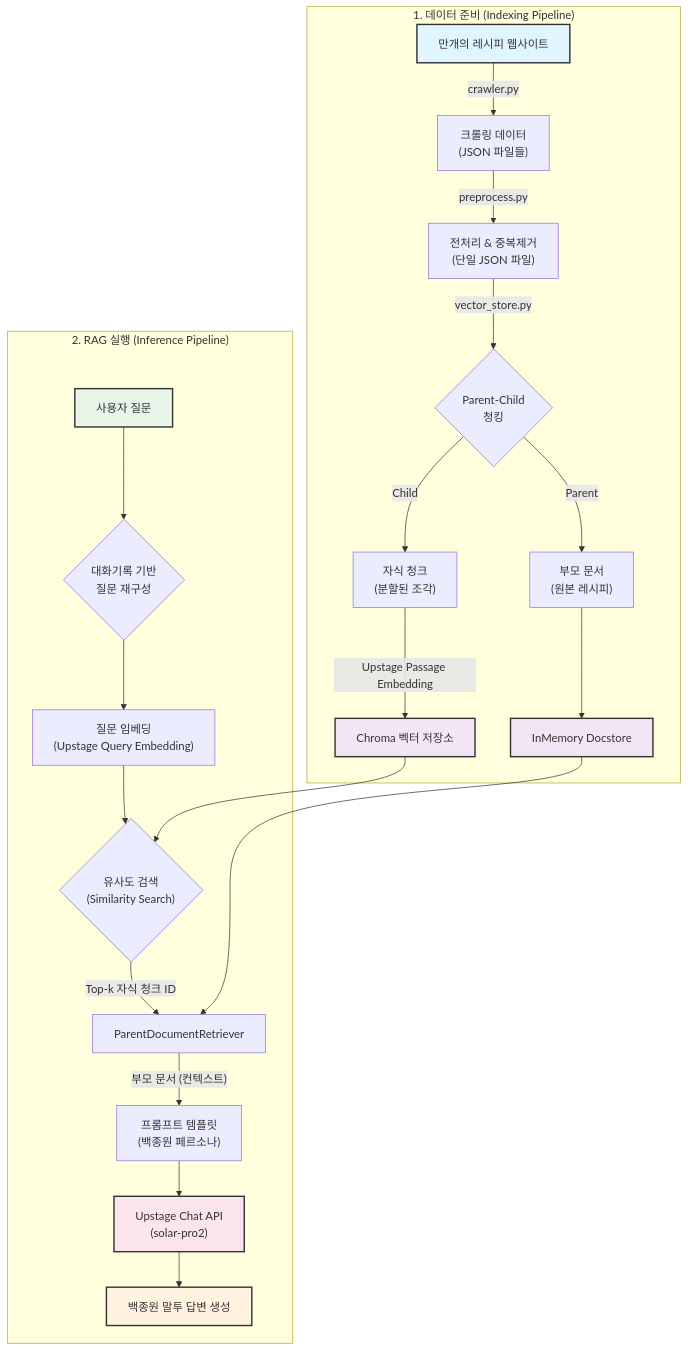
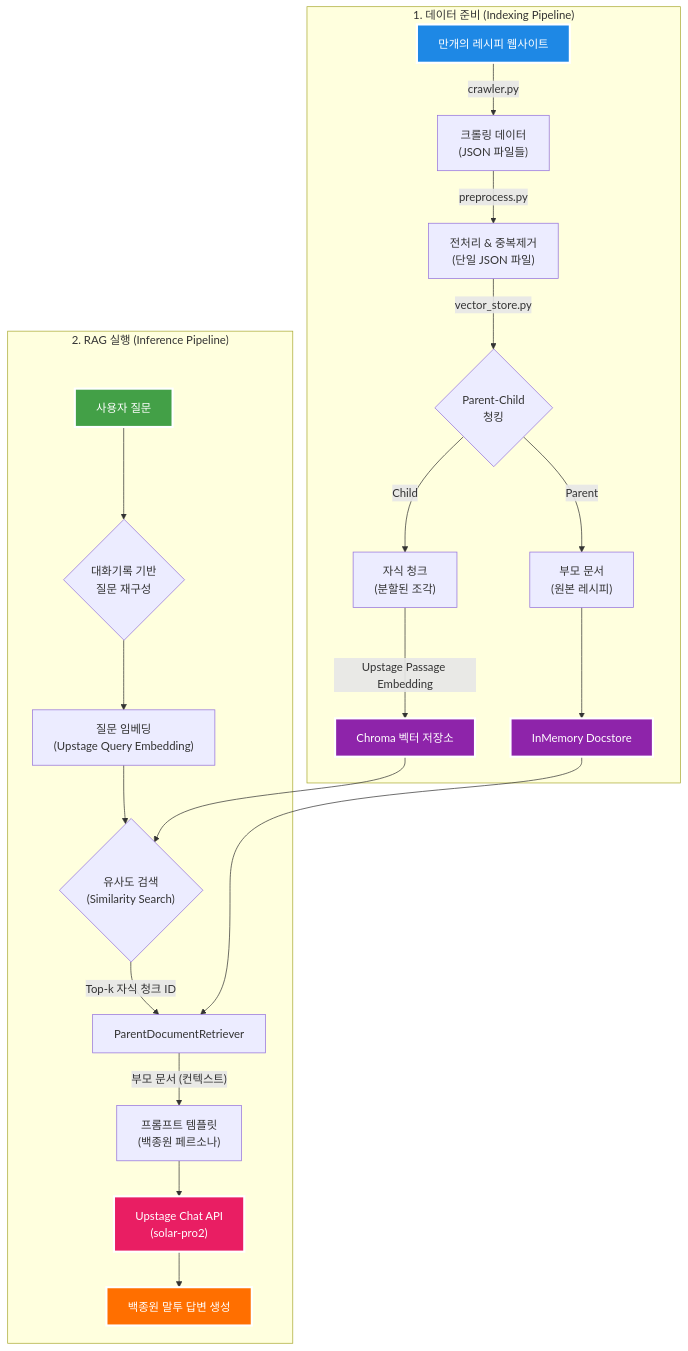
One commit to ohseungtae/upstageailab-langchain-pjt-langchain_3 changed the diagram in README.md. Above: the diagram before and after it, drawn with Mermaid.

````diff
--- a/README.md
+++ b/README.md
@@ -180,32 +180,32 @@
 ```mermaid
 flowchart TD
     subgraph indexing ["1. 데이터 준비 (Indexing Pipeline)"]
         A["만개의 레시피 웹사이트"] -->|crawler.py| B["크롤링 데이터<br/>(JSON 파일들)"]
         B -->|preprocess.py| C["전처리 & 중복제거<br/>(단일 JSON 파일)"]
         C -->|vector_store.py| D{"Parent-Child<br/>청킹"}
         D -->|Parent| E["부모 문서<br/>(원본 레시피)"]
         D -->|Child| F["자식 청크<br/>(분할된 조각)"]
         F -->|Upstage Passage Embedding| G["Chroma 벡터 저장소"]
         E --> H["InMemory Docstore"]
     end
     
     subgraph inference ["2. RAG 실행 (Inference Pipeline)"]
         J["사용자 질문"] --> K{"대화기록 기반<br/>질문 재구성"}
         K --> L["질문 임베딩<br/>(Upstage Query Embedding)"]
         L --> M{"유사도 검색<br/>(Similarity Search)"}
         M -->|Top-k 자식 청크 ID| N["ParentDocumentRetriever"]
         N -->|"부모 문서 (컨텍스트)"| O["프롬프트 템플릿<br/>(백종원 페르소나)"]
         O --> P["Upstage Chat API<br/>(solar-pro2)"]
         P --> Q["백종원 말투 답변 생성"]
     end
     
     G --> M
     H --> N
     
-    style A fill:#e1f5fe,stroke:#333,stroke-width:2px
-    style J fill:#e8f5e8,stroke:#333,stroke-width:2px
-    style G fill:#f3e5f5,stroke:#333,stroke-width:2px
-    style H fill:#f3e5f5,stroke:#333,stroke-width:2px
-    style Q fill:#fff3e0,stroke:#333,stroke-width:2px
-    style P fill:#fce4ec,stroke:#333,stroke-width:2px
+    style A fill:#1e88e5,stroke:#ffffff,stroke-width:3px,color:#ffffff
+    style J fill:#43a047,stroke:#ffffff,stroke-width:3px,color:#ffffff
+    style G fill:#8e24aa,stroke:#ffffff,stroke-width:3px,color:#ffffff
+    style H fill:#8e24aa,stroke:#ffffff,stroke-width:3px,color:#ffffff
+    style Q fill:#ff6f00,stroke:#ffffff,stroke-width:3px,color:#ffffff
+    style P fill:#e91e63,stroke:#ffffff,stroke-width:3px,color:#ffffff
 ```
````
